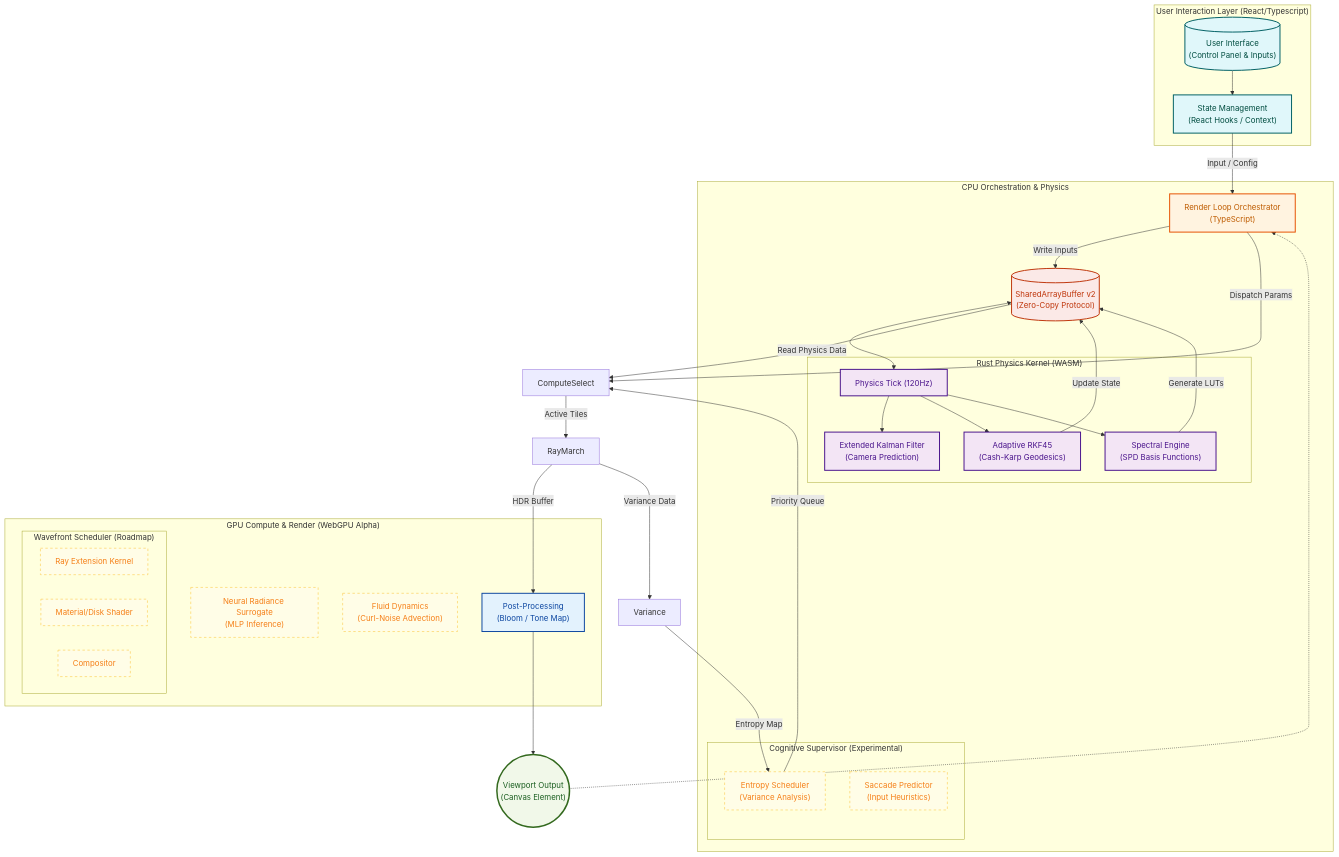
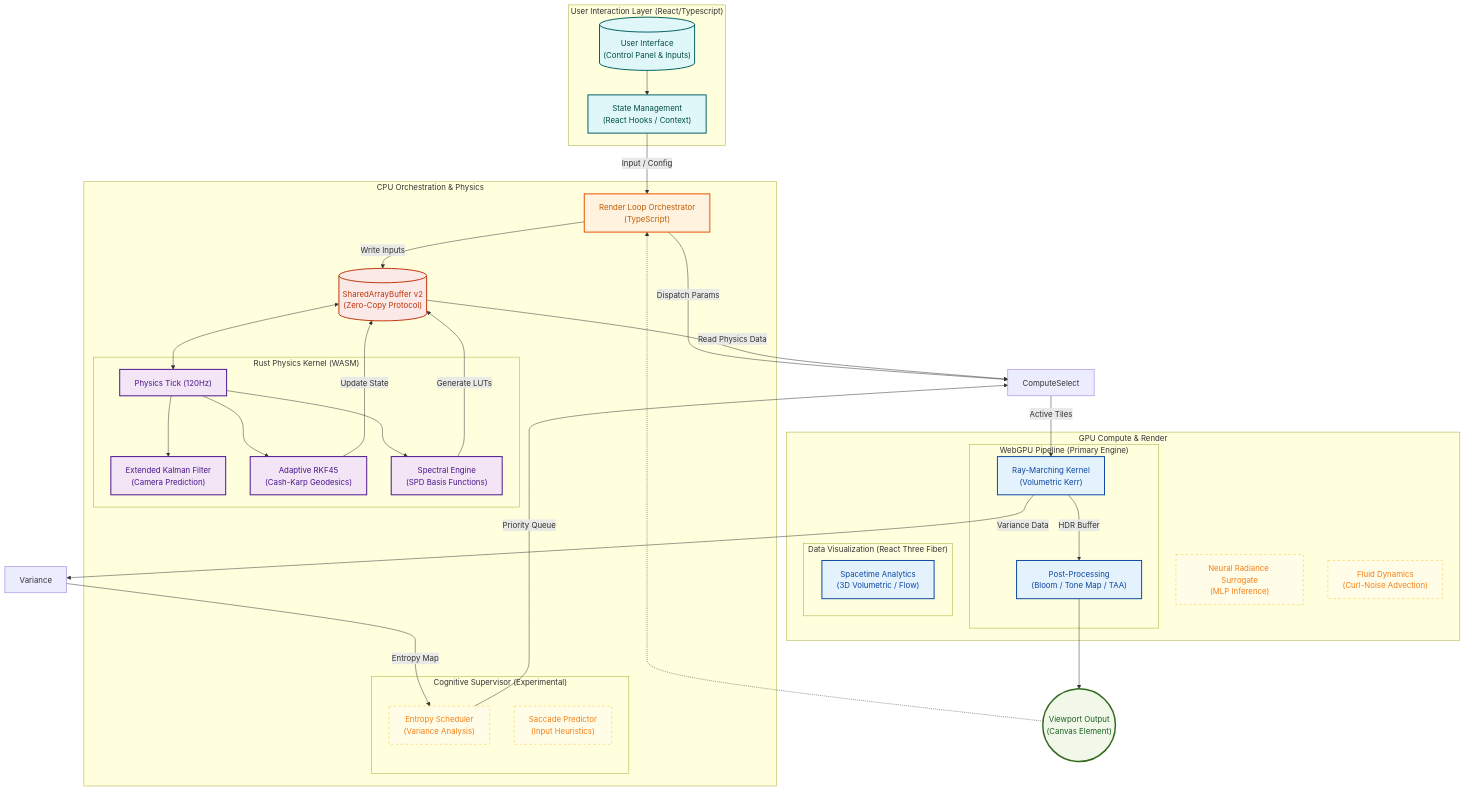
One commit to steeltroops-ai/blackhole-simulation changed the diagram in docs/ARCHITECTURE.md. Above: the diagram before and after it, drawn with Mermaid. The commit also changed other lines of this file and 84 other files, not shown here.

Commit message:
docs: finalize spacetime integration, licenses, and architecture docs

````diff
--- a/docs/ARCHITECTURE.md
+++ b/docs/ARCHITECTURE.md
@@ -11,77 +11,77 @@
 ```mermaid
 graph TD
     %% Global Styles for Professional Light Theme
     classDef input fill:#e0f7fa,stroke:#006064,stroke-width:2px,color:#004d40
     classDef orchestration fill:#fff3e0,stroke:#e65100,stroke-width:2px,color:#be5c00
     classDef kernel fill:#f3e5f5,stroke:#4a148c,stroke-width:2px,color:#4a148c
     classDef compute fill:#e3f2fd,stroke:#0d47a1,stroke-width:2px,color:#0d47a1
     classDef memory fill:#fbe9e7,stroke:#bf360c,stroke-width:2px,color:#bf360c
     classDef output fill:#f1f8e9,stroke:#33691e,stroke-width:3px,color:#1b5e20
     classDef wip fill:#fffde7,stroke:#fbc02d,stroke-width:1px,stroke-dasharray: 5 5,color:#f57f17
 
 
     subgraph UserInteraction ["User Interaction Layer (React/Typescript)"]
         UI[("User Interface<br/>(Control Panel & Inputs)")]:::input
         State["State Management<br/>(React Hooks / Context)"]:::input
     end
 
     subgraph CPULogic ["CPU Orchestration & Physics"]
         Orchestrator["Render Loop Orchestrator<br/>(TypeScript)"]:::orchestration
         SAB[("SharedArrayBuffer v2<br/>(Zero-Copy Protocol)")]:::memory
 
         subgraph CognitiveLayer ["Cognitive Supervisor (Experimental)"]
             Scheduler["Entropy Scheduler<br/>(Variance Analysis)"]:::wip
             Predictor["Saccade Predictor<br/>(Input Heuristics)"]:::wip
         end
 
 
         subgraph RustKernel ["Rust Physics Kernel (WASM)"]
             PhysicsTick["Physics Tick (120Hz)"]:::kernel
             EKF["Extended Kalman Filter<br/>(Camera Prediction)"]:::kernel
             Integrator["Adaptive RKF45<br/>(Cash-Karp Geodesics)"]:::kernel
             Spectrum["Spectral Engine<br/>(SPD Basis Functions)"]:::kernel
         end
 
     end
 
-    subgraph GPULogic ["GPU Compute & Render (WebGPU Alpha)"]
-        subgraph Wavefront ["Wavefront Scheduler (Roadmap)"]
-            Extension["Ray Extension Kernel"]:::wip
-            Shading["Material/Disk Shader"]:::wip
-            Comp["Compositor"]:::wip
+    subgraph GPULogic ["GPU Compute & Render"]
+        subgraph WebGPU ["WebGPU Pipeline (Primary Engine)"]
+            RayMarch["Ray-Marching Kernel<br/>(Volumetric Kerr)"]:::compute
+            PostProcess["Post-Processing<br/>(Bloom / Tone Map / TAA)"]:::compute
+        end
+        subgraph ThreeJS ["Data Visualization (React Three Fiber)"]
+            SpacetimeGrid["Spacetime Analytics<br/>(3D Volumetric / Flow)"]:::compute
         end
         NRS["Neural Radiance Surrogate<br/>(MLP Inference)"]:::wip
         GRMHD["Fluid Dynamics<br/>(Curl-Noise Advection)"]:::wip
-        PostProcess["Post-Processing<br/>(Bloom / Tone Map)"]:::compute
     end
-
 
     Display(("Viewport Output<br/>(Canvas Element)")):::output
 
     %% Data Flow
     UI --> State
     State -- "Input / Config" --> Orchestrator
 
     Orchestrator -- "Write Inputs" --> SAB
     SAB <--> PhysicsTick
 
     PhysicsTick --> EKF
     PhysicsTick --> Integrator
     PhysicsTick --> Spectrum
 
     Spectrum -- "Generate LUTs" --> SAB
     Integrator -- "Update State" --> SAB
 
     Orchestrator -- "Dispatch Params" --> ComputeSelect
     SAB -- "Read Physics Data" --> ComputeSelect
 
     ComputeSelect -- "Active Tiles" --> RayMarch
     RayMarch -- "HDR Buffer" --> PostProcess
     RayMarch -- "Variance Data" --> Variance
     Variance -- "Entropy Map" --> Scheduler
     Scheduler -- "Priority Queue" --> ComputeSelect
     PostProcess --> Display
 
     %% Feedback Loop
     Display -.-> Orchestrator
 ```
````
